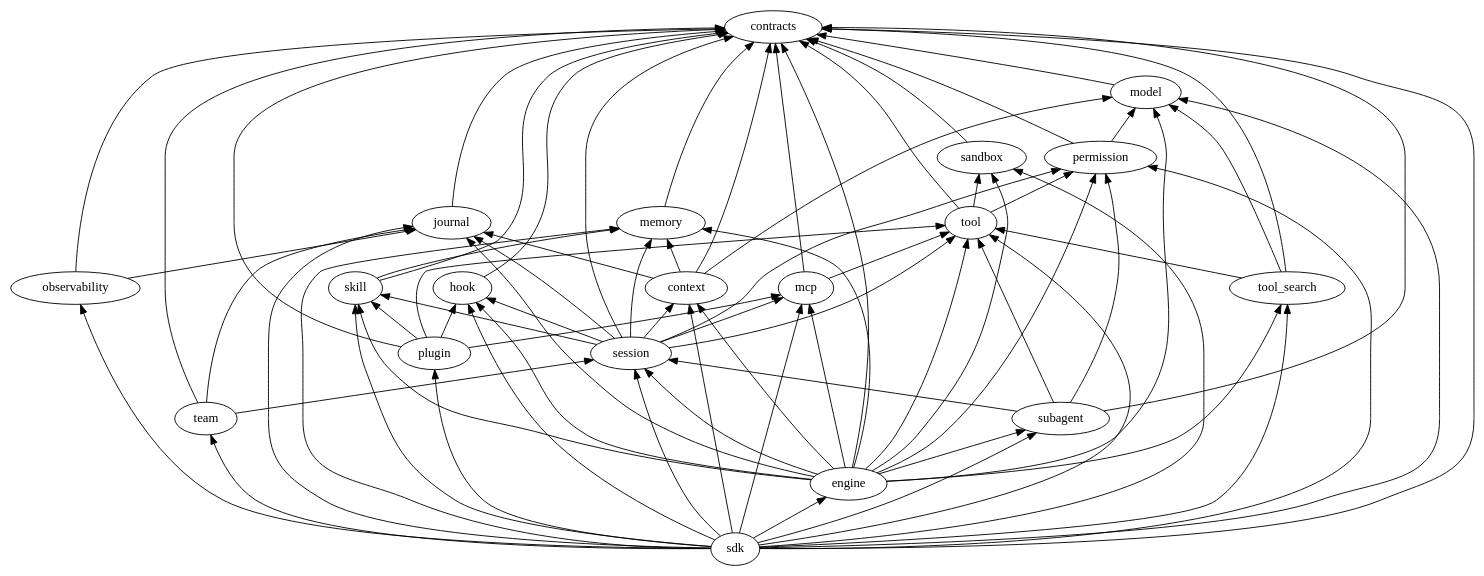
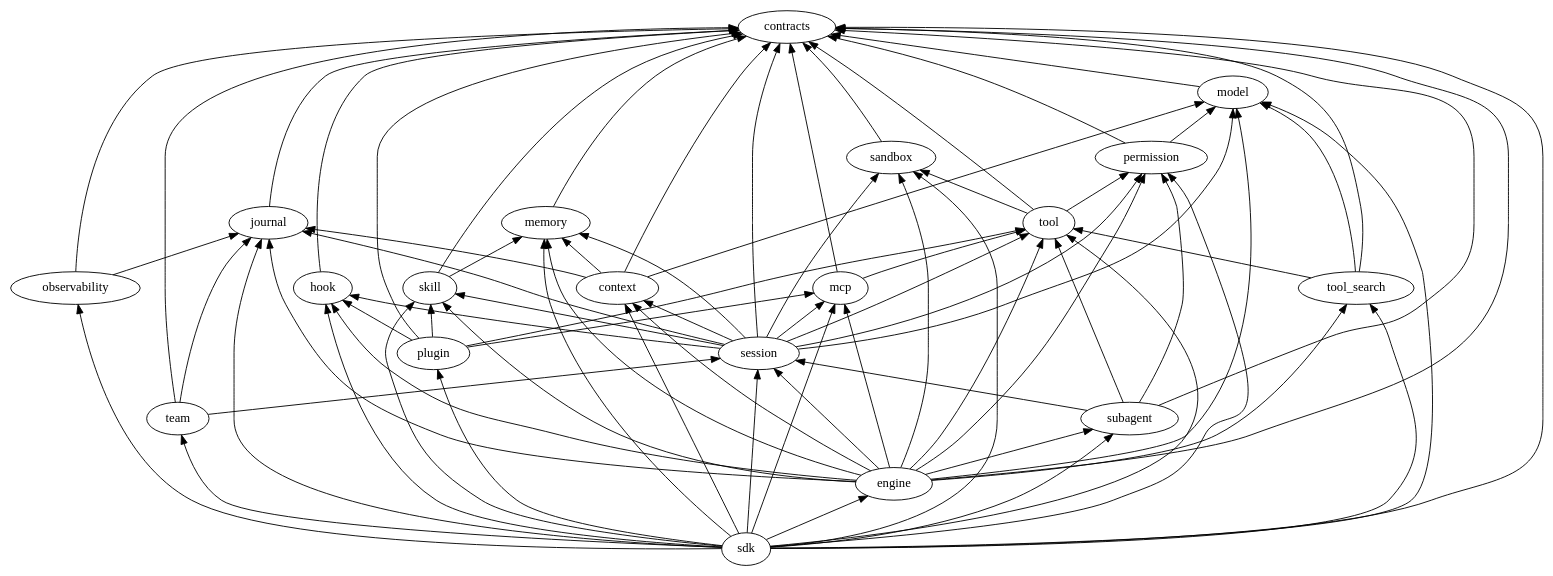
One commit to GoyacJ/octopus changed the diagram in docs/architecture/harness/expected-depgraph.dot. Above: the diagram before and after it, drawn with Graphviz. The commit also changed 35 other files, not shown here.

```diff
--- a/docs/architecture/harness/expected-depgraph.dot
+++ b/docs/architecture/harness/expected-depgraph.dot
@@ -1,100 +1,102 @@
 digraph octopus_harness {
   rankdir=BT;
 
   context;
   contracts;
   engine;
   hook;
   journal;
   mcp;
   memory;
   model;
   observability;
   permission;
   plugin;
   sandbox;
   sdk;
   session;
   skill;
   subagent;
   team;
   tool;
   tool_search;
 
   context -> contracts;
   context -> journal;
   context -> memory;
   context -> model;
   engine -> context;
   engine -> contracts;
   engine -> hook;
   engine -> journal;
   engine -> mcp;
   engine -> memory;
   engine -> model;
   engine -> permission;
   engine -> sandbox;
   engine -> session;
   engine -> skill;
   engine -> subagent;
   engine -> tool;
   engine -> tool_search;
   hook -> contracts;
   journal -> contracts;
   mcp -> contracts;
   mcp -> tool;
   memory -> contracts;
   model -> contracts;
   observability -> contracts;
   observability -> journal;
   permission -> contracts;
   permission -> model;
   plugin -> contracts;
   plugin -> hook;
   plugin -> mcp;
   plugin -> skill;
   plugin -> tool;
   sandbox -> contracts;
   sdk -> context;
   sdk -> contracts;
   sdk -> engine;
   sdk -> hook;
   sdk -> journal;
   sdk -> mcp;
   sdk -> memory;
   sdk -> model;
   sdk -> observability;
   sdk -> permission;
   sdk -> plugin;
   sdk -> sandbox;
   sdk -> session;
   sdk -> skill;
   sdk -> subagent;
   sdk -> team;
   sdk -> tool;
   sdk -> tool_search;
   session -> context;
   session -> contracts;
   session -> hook;
   session -> journal;
   session -> mcp;
   session -> memory;
+  session -> model;
   session -> permission;
+  session -> sandbox;
   session -> skill;
   session -> tool;
   skill -> contracts;
   skill -> memory;
   subagent -> contracts;
   subagent -> permission;
   subagent -> session;
   subagent -> tool;
   team -> contracts;
   team -> journal;
   team -> session;
   tool -> contracts;
   tool -> permission;
   tool -> sandbox;
   tool_search -> contracts;
   tool_search -> model;
   tool_search -> tool;
 }
```
